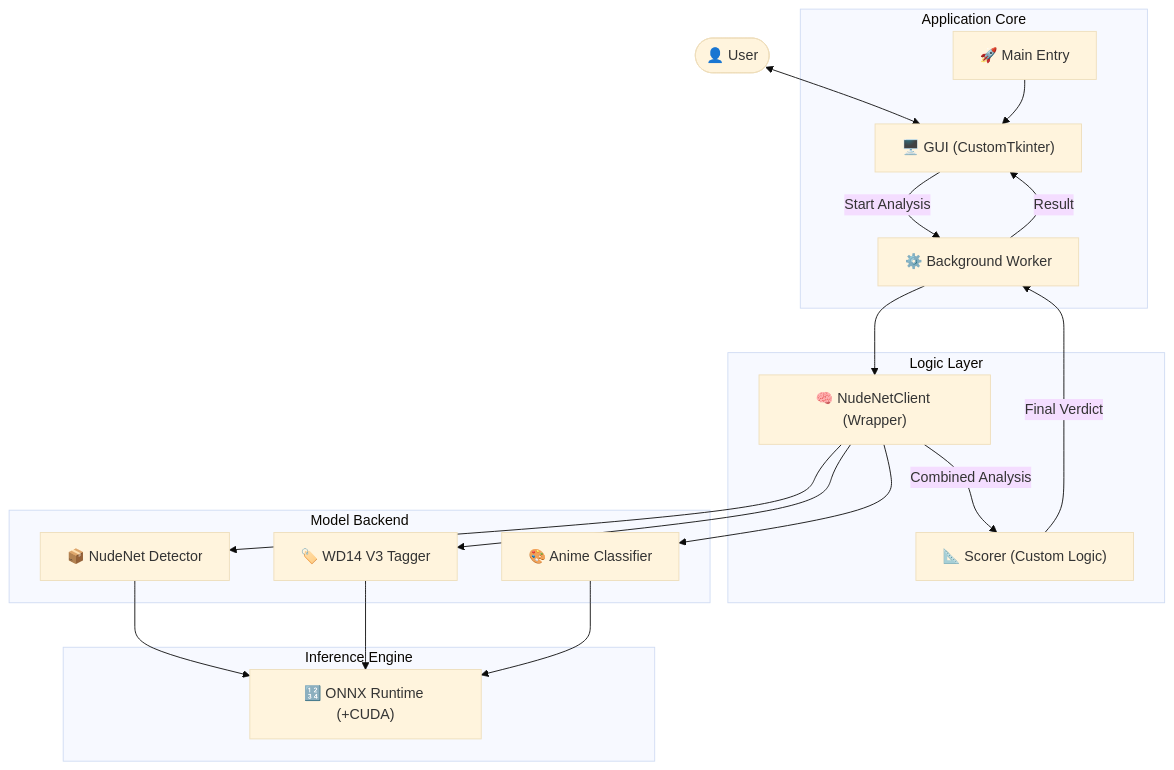
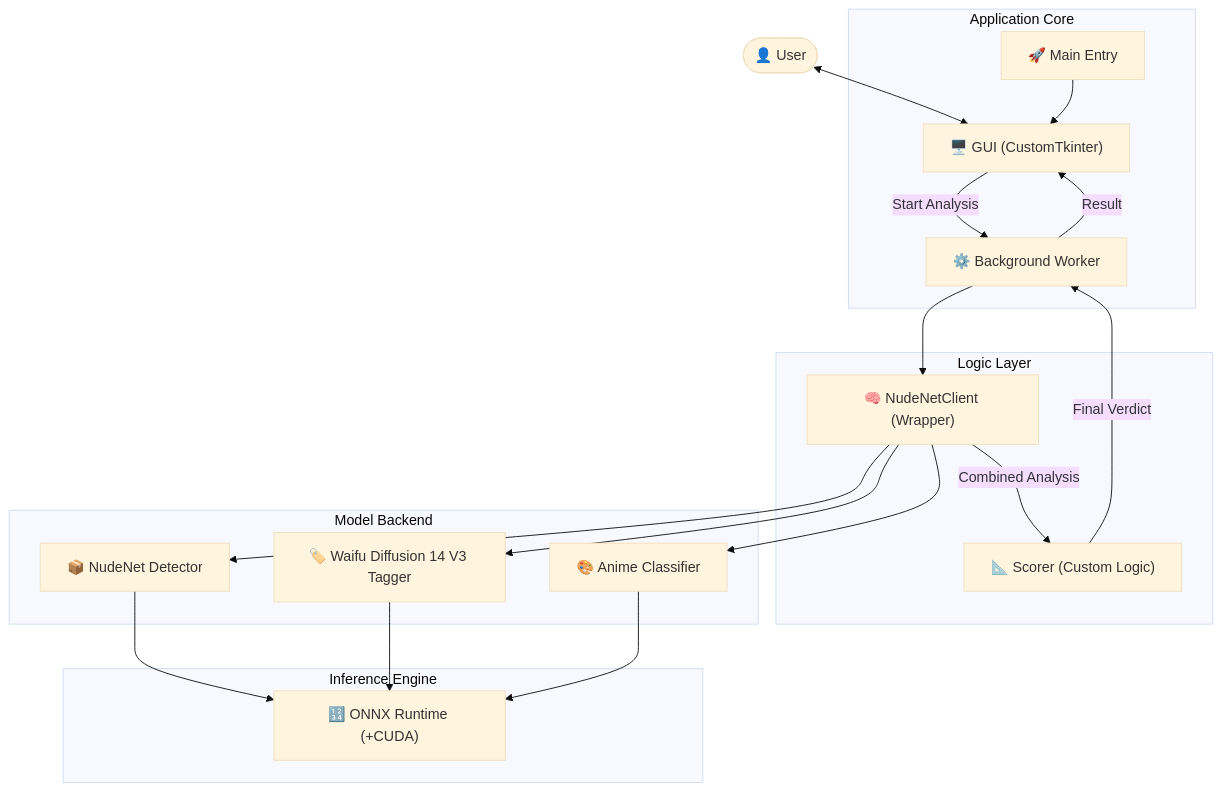
The first of 2 diagrams in README.md (igashira0324/chk-NudeNet-WD14V3-NSFW), drawn with Mermaid (base theme) before and after one commit. The commit also changed other lines of this file and 1 other file, not shown here.

````diff
--- a/README.md
+++ b/README.md
@@ -41,40 +41,40 @@
 ```mermaid
 graph TD
     User([👤 User]) <--> GUI
     
     subgraph "Application Core"
         GUI["🖥️ GUI (CustomTkinter)"]
         Main["🚀 Main Entry"]
         Worker["⚙️ Background Worker"]
     end
     
     subgraph "Logic Layer"
         Client["🧠 NudeNetClient (Wrapper)"]
         Scorer["📐 Scorer (Custom Logic)"]
     end
     
     subgraph "Model Backend"
         Det["📦 NudeNet Detector"]
-        Tag["🏷️ WD14 V3 Tagger"]
+        Tag["🏷️ Waifu Diffusion 14 V3 Tagger"]
         Anime["🎨 Anime Classifier"]
     end
     
     subgraph "Inference Engine"
         ONNX["🔢 ONNX Runtime (+CUDA)"]
     end
 
     Main --> GUI
     GUI -- "Start Analysis" --> Worker
     Worker --> Client
     Client --> Det
     Client --> Tag
     Client --> Anime
     
     Det --> ONNX
     Tag --> ONNX
     Anime --> ONNX
     
     Client -- "Combined Analysis" --> Scorer
     Scorer -- "Final Verdict" --> Worker
     Worker -- "Result" --> GUI
 ```
````
